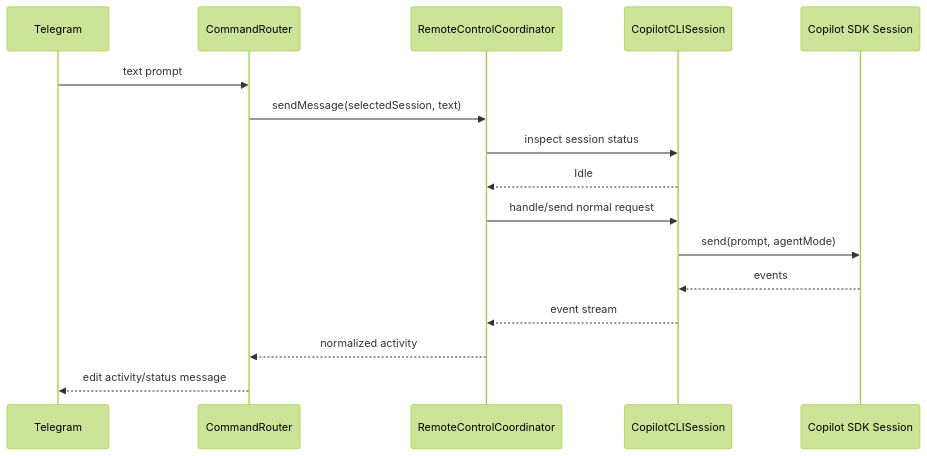
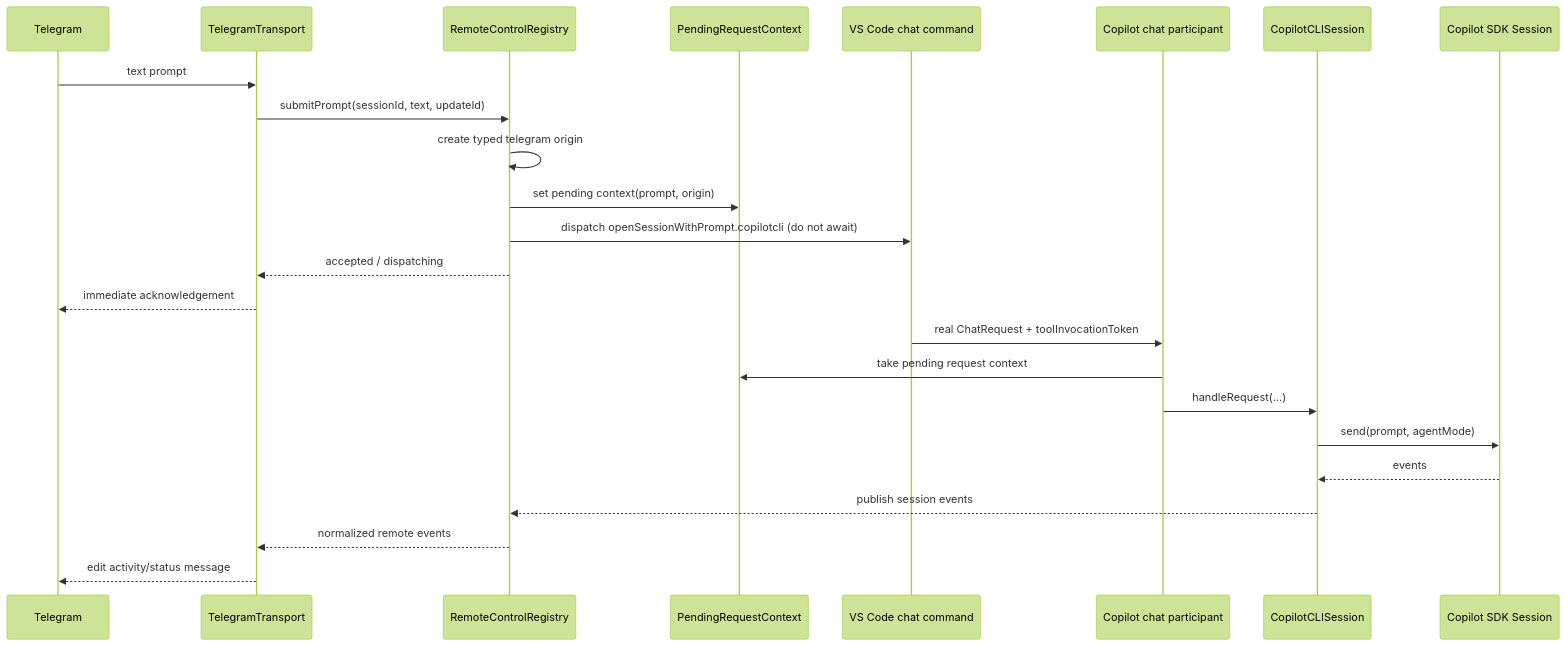
Before and after one commit to SachiHarshitha/vscode-telegram: the fifth of 14 diagrams in extensions/copilot/docs/telegram-remote/CALL_FLOWS.md, drawn with Mermaid (forest theme). The commit also changed other lines of this file and 11 other files, not shown here.

````diff
--- a/extensions/copilot/docs/telegram-remote/CALL_FLOWS.md
+++ b/extensions/copilot/docs/telegram-remote/CALL_FLOWS.md
@@ -102,19 +106,27 @@
 ```mermaid
 sequenceDiagram
     participant T as Telegram
-    participant R as CommandRouter
-    participant C as RemoteControlCoordinator
+    participant R as TelegramTransport
+    participant REG as RemoteControlRegistry
+    participant X as PendingRequestContext
+    participant VS as VS Code chat command
+    participant P as Copilot chat participant
     participant S as CopilotCLISession
     participant SDK as Copilot SDK Session
 
     T->>R: text prompt
-    R->>C: sendMessage(selectedSession, text)
-    C->>S: inspect session status
-    S-->>C: Idle
-    C->>S: handle/send normal request
+    R->>REG: submitPrompt(sessionId, text, updateId)
+    REG->>REG: create typed telegram origin
+    REG->>X: set pending context(prompt, origin)
+    REG->>VS: dispatch openSessionWithPrompt.copilotcli (do not await)
+    REG-->>R: accepted / dispatching
+    R-->>T: immediate acknowledgement
+    VS->>P: real ChatRequest + toolInvocationToken
+    P->>X: take pending request context
+    P->>S: handleRequest(...)
     S->>SDK: send(prompt, agentMode)
     SDK-->>S: events
-    S-->>C: event stream
-    C-->>R: normalized activity
+    S-->>REG: publish session events
+    REG-->>R: normalized remote events
     R-->>T: edit activity/status message
 ```
````
